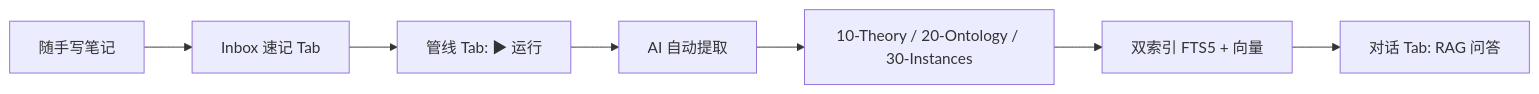
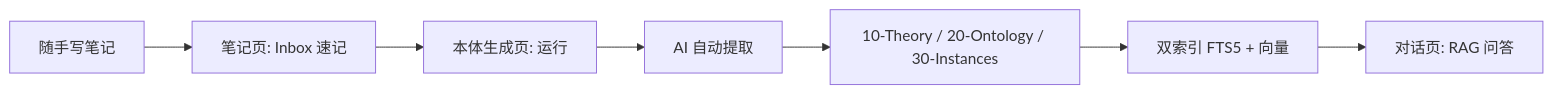
The diagram in README.md (111acge/PersonalEnterpriseWorldModel), drawn with Mermaid before and after one commit. The commit also changed other lines of this file and 62 other files, not shown here.

````diff
--- a/README.md
+++ b/README.md
@@ -233,9 +247,9 @@
 ```mermaid
 flowchart LR
-    A[随手写笔记] --> B[Inbox 速记 Tab]
-    B --> C[管线 Tab: ▶ 运行]
+    A[随手写笔记] --> B[笔记页: Inbox 速记]
+    B --> C[本体生成页: 运行]
     C --> D[AI 自动提取]
     D --> E[10-Theory / 20-Ontology / 30-Instances]
     E --> F[双索引 FTS5 + 向量]
-    F --> G[对话 Tab: RAG 问答]
+    F --> G[对话页: RAG 问答]
 ```
````
